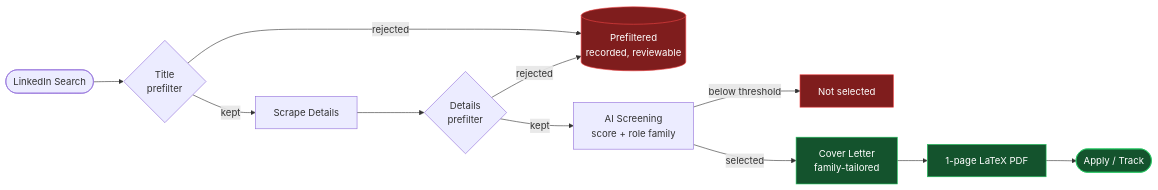
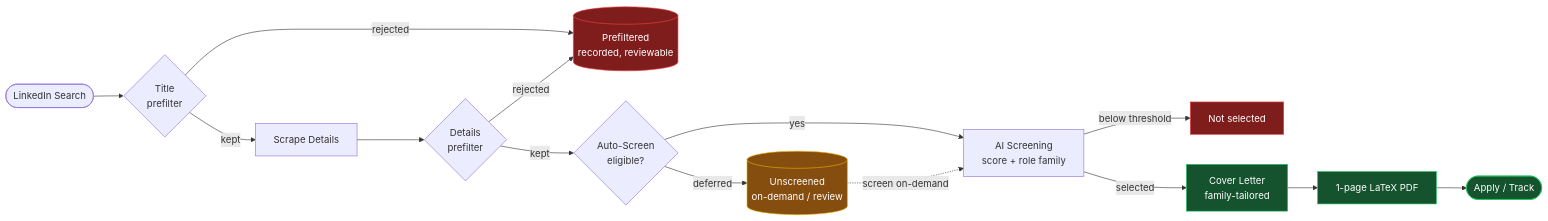
Before and after one commit to mertalpaydin/AI-assisted-job-search-tool: the diagram in README.md, drawn with Mermaid. The commit also changed other lines of this file, not shown here.

Commit message:
docs: update README with selective auto-screening, language detection, and Web UI additions

````diff
--- a/README.md
+++ b/README.md
@@ -45,18 +47,23 @@
 ```mermaid
 flowchart LR
     A([LinkedIn Search]) --> B{Title<br/>prefilter}
     B -- kept --> C[Scrape Details]
     B -- rejected --> X[(Prefiltered<br/>recorded, reviewable)]
     C --> D{Details<br/>prefilter}
-    D -- kept --> E[AI Screening<br/>score + role family]
+    D -- kept --> E{Auto-Screen<br/>eligible?}
     D -- rejected --> X
-    E -- below threshold --> R[Not selected]
-    E -- selected --> F[Cover Letter<br/>family-tailored]
+    E -- deferred --> U[(Unscreened<br/>on-demand / review)]
+    E -- yes --> S[AI Screening<br/>score + role family]
+    U -. screen on-demand .-> S
+    S -- below threshold --> R[Not selected]
+    S -- selected --> F[Cover Letter<br/>family-tailored]
     F --> G[1-page LaTeX PDF]
     G --> H([Apply / Track])
 
     classDef drop fill:#7f1d1d,stroke:#ef4444,color:#fff;
     classDef keep fill:#14532d,stroke:#22c55e,color:#fff;
+    classDef defer fill:#854d0e,stroke:#eab308,color:#fff;
     class X,R drop;
+    class U defer;
     class F,G,H keep;
 ```
````
